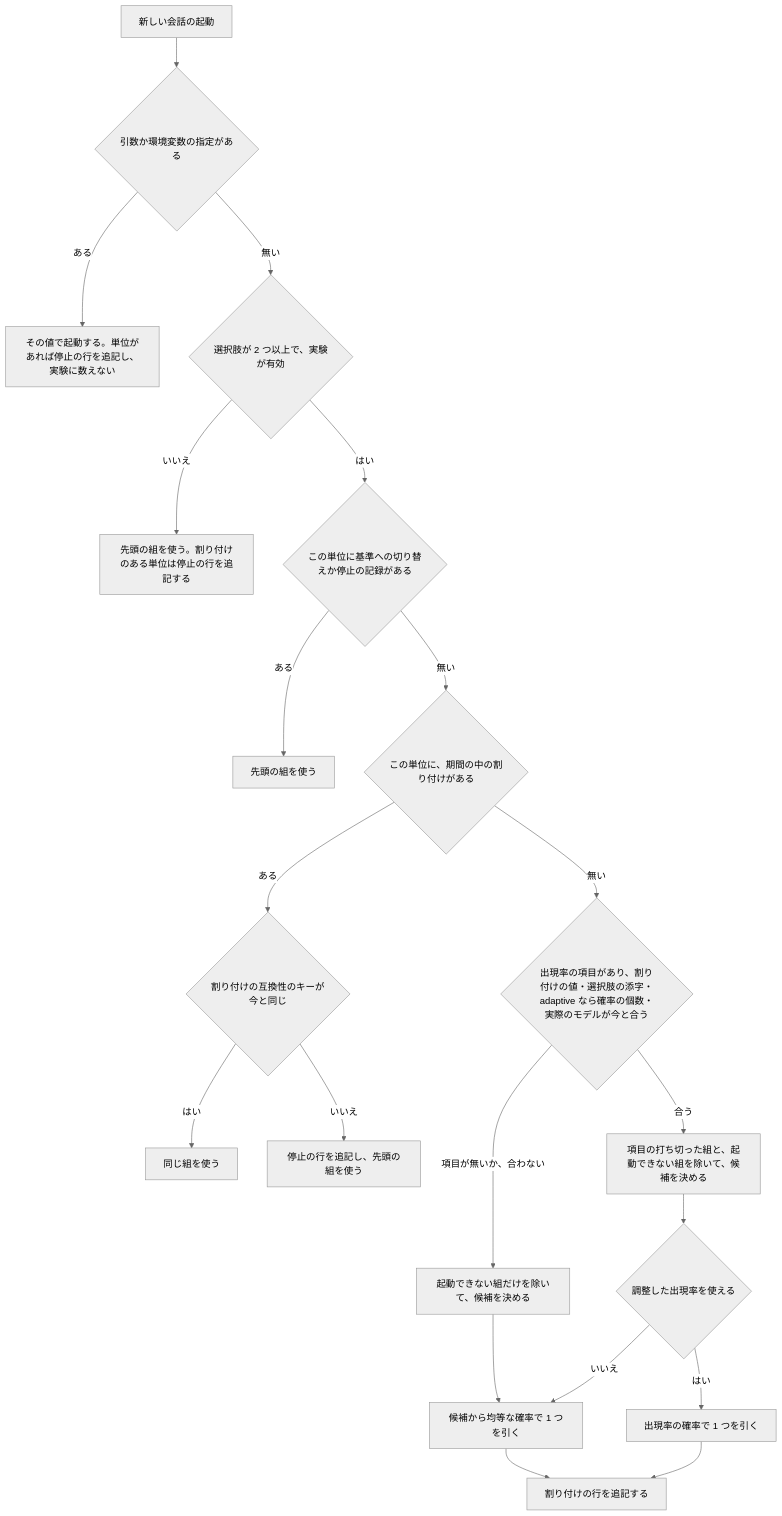
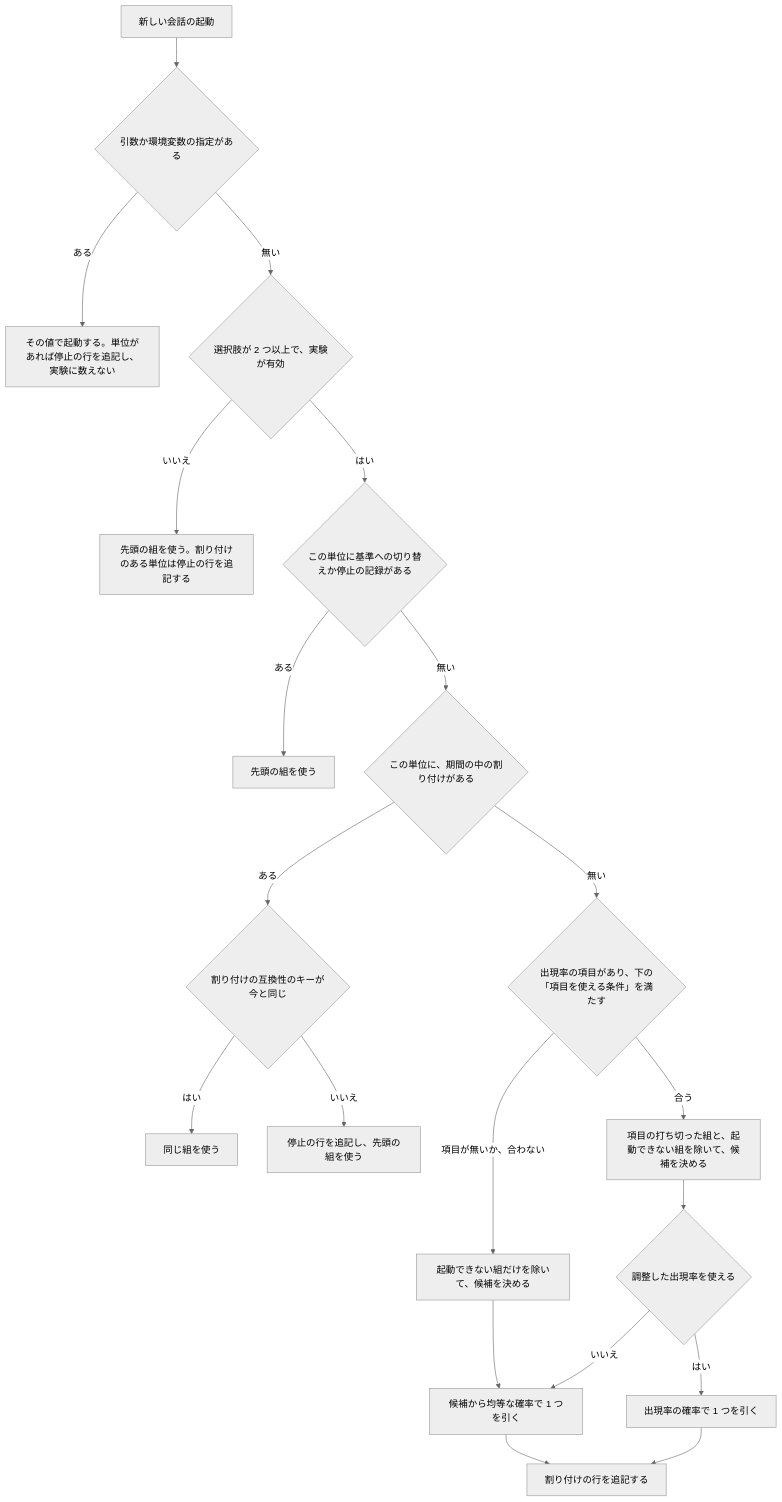
Before and after one commit to devbasex/ai-plugins: the diagram in issues/issue-2944-design-allocation.md, drawn with Mermaid (neutral theme). The commit also changed other lines of this file and 1 other file, not shown here.

Commit message:
docs(#2944): レビュー r4 の指摘で項目を使える条件を正本にまとめ、図と詳細設計から参照する

````diff
--- a/issues/issue-2944-design-allocation.md
+++ b/issues/issue-2944-design-allocation.md
@@ -158,21 +158,21 @@
 ```mermaid
 graph TD
     A[新しい会話の起動] --> B{引数か環境変数の指定がある}
     B -- ある --> Z[その値で起動する。単位があれば停止の行を追記し、実験に数えない]
     B -- 無い --> E{選択肢が 2 つ以上で、実験が有効}
     E -- いいえ --> F[先頭の組を使う。割り付けのある単位は停止の行を追記する]
     E -- はい --> W{この単位に基準への切り替えか停止の記録がある}
     W -- ある --> F2[先頭の組を使う]
     W -- 無い --> C{この単位に、期間の中の割り付けがある}
     C -- ある --> M{割り付けの互換性のキーが今と同じ}
     M -- はい --> D[同じ組を使う]
     M -- いいえ --> F3[停止の行を追記し、先頭の組を使う]
-    C -- 無い --> L{出現率の項目があり、割り付けの値・選択肢の添字・adaptive なら確率の個数・実際のモデルが今と合う}
+    C -- 無い --> L{出現率の項目があり、下の「項目を使える条件」を満たす}
     L -- 合う --> K[項目の打ち切った組と、起動できない組を除いて、候補を決める]
     L -- 項目が無いか、合わない --> K2[起動できない組だけを除いて、候補を決める]
     K --> G{調整した出現率を使える}
     K2 --> V
     G -- いいえ --> V[候補から均等な確率で 1 つを引く]
     G -- はい --> I[出現率の確率で 1 つを引く]
     V & I --> J[割り付けの行を追記する]
 ```
````
